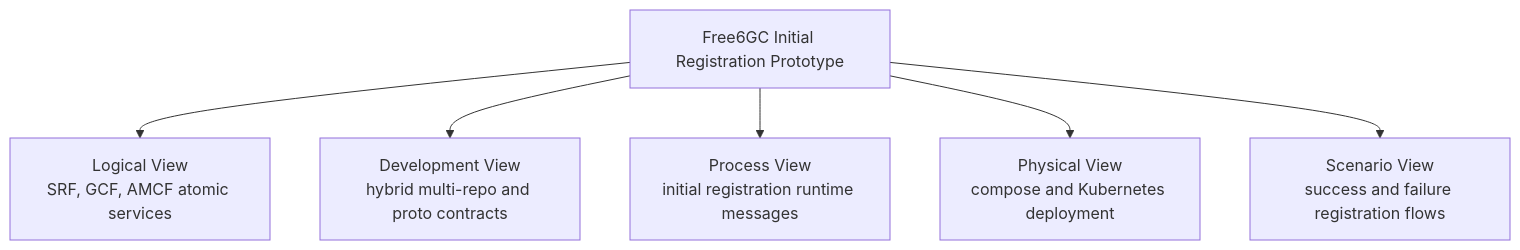
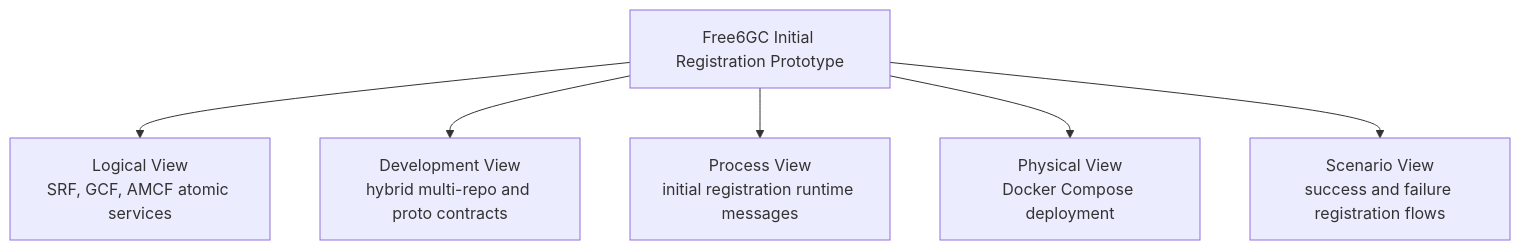
One commit to acore2026/docs changed the first of 16 diagrams in orange-prototype-wiki/free6gc-initial-design.md. Above: the diagram before and after it, drawn with Mermaid. The commit also changed other lines of this file, not shown here.

Commit message:
Make Free6GC milestone one Compose only

````diff
--- a/orange-prototype-wiki/free6gc-initial-design.md
+++ b/orange-prototype-wiki/free6gc-initial-design.md
@@ -65,15 +89,15 @@
 ```mermaid
 flowchart TB
     CENTER[Free6GC Initial Registration Prototype]
     LOGICAL[Logical View<br/>SRF, GCF, AMCF atomic services]
     DEV[Development View<br/>hybrid multi-repo and proto contracts]
     PROCESS[Process View<br/>initial registration runtime messages]
-    PHYSICAL[Physical View<br/>compose and Kubernetes deployment]
+    PHYSICAL[Physical View<br/>Docker Compose deployment]
     SCENARIO[Scenario View<br/>success and failure registration flows]
 
     CENTER --> LOGICAL
     CENTER --> DEV
     CENTER --> PROCESS
     CENTER --> PHYSICAL
     CENTER --> SCENARIO
 ```
````
